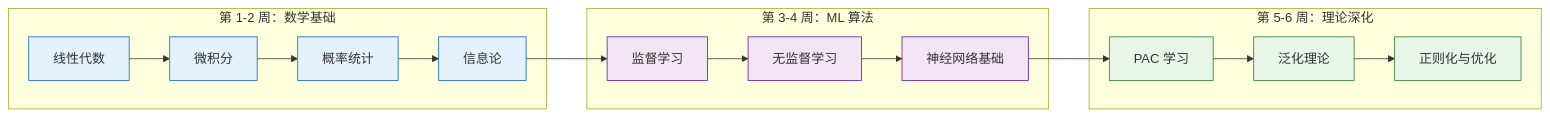
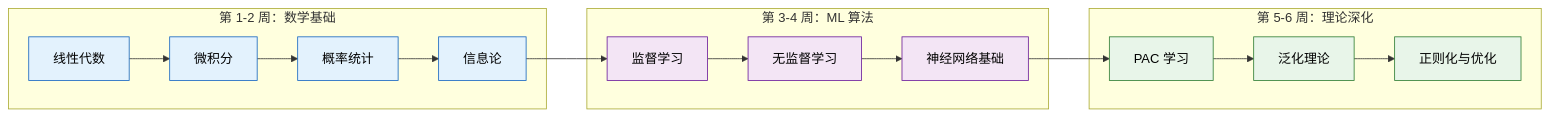
One commit to Atituiset/llm-konwleage-hub changed the second of 3 diagrams in src/03-math-ml-basics/README.md. Above: the diagram before and after it, drawn with Mermaid. The commit also changed other lines of this file and 7 other files, not shown here.

First line of the commit message:
Fix Mermaid diagram readability: explicit text colors on styled nodes

````diff
--- a/src/03-math-ml-basics/README.md
+++ b/src/03-math-ml-basics/README.md
@@ -42,32 +42,32 @@
 ```mermaid
 graph LR
     subgraph 数学基础 [第 1-2 周：数学基础]
         M1[线性代数] --> M2[微积分]
         M2 --> M3[概率统计]
         M3 --> M4[信息论]
     end
 
     subgraph ML 算法 [第 3-4 周：ML 算法]
         A1[监督学习] --> A2[无监督学习]
         A2 --> A3[神经网络基础]
     end
 
     subgraph 理论深化 [第 5-6 周：理论深化]
         T1[PAC 学习] --> T2[泛化理论]
         T2 --> T3[正则化与优化]
     end
 
     M4 --> A1
     A3 --> T1
 
-    style M1 fill:#e3f2fd,stroke:#1565c0
-    style M2 fill:#e3f2fd,stroke:#1565c0
-    style M3 fill:#e3f2fd,stroke:#1565c0
-    style M4 fill:#e3f2fd,stroke:#1565c0
-    style A1 fill:#f3e5f5,stroke:#6a1b9a
-    style A2 fill:#f3e5f5,stroke:#6a1b9a
-    style A3 fill:#f3e5f5,stroke:#6a1b9a
-    style T1 fill:#e8f5e9,stroke:#2e7d32
-    style T2 fill:#e8f5e9,stroke:#2e7d32
-    style T3 fill:#e8f5e9,stroke:#2e7d32
+    style M1 fill:#e3f2fd,stroke:#1565c0,color:#000
+    style M2 fill:#e3f2fd,stroke:#1565c0,color:#000
+    style M3 fill:#e3f2fd,stroke:#1565c0,color:#000
+    style M4 fill:#e3f2fd,stroke:#1565c0,color:#000
+    style A1 fill:#f3e5f5,stroke:#6a1b9a,color:#000
+    style A2 fill:#f3e5f5,stroke:#6a1b9a,color:#000
+    style A3 fill:#f3e5f5,stroke:#6a1b9a,color:#000
+    style T1 fill:#e8f5e9,stroke:#2e7d32,color:#000
+    style T2 fill:#e8f5e9,stroke:#2e7d32,color:#000
+    style T3 fill:#e8f5e9,stroke:#2e7d32,color:#000
 ```
````
